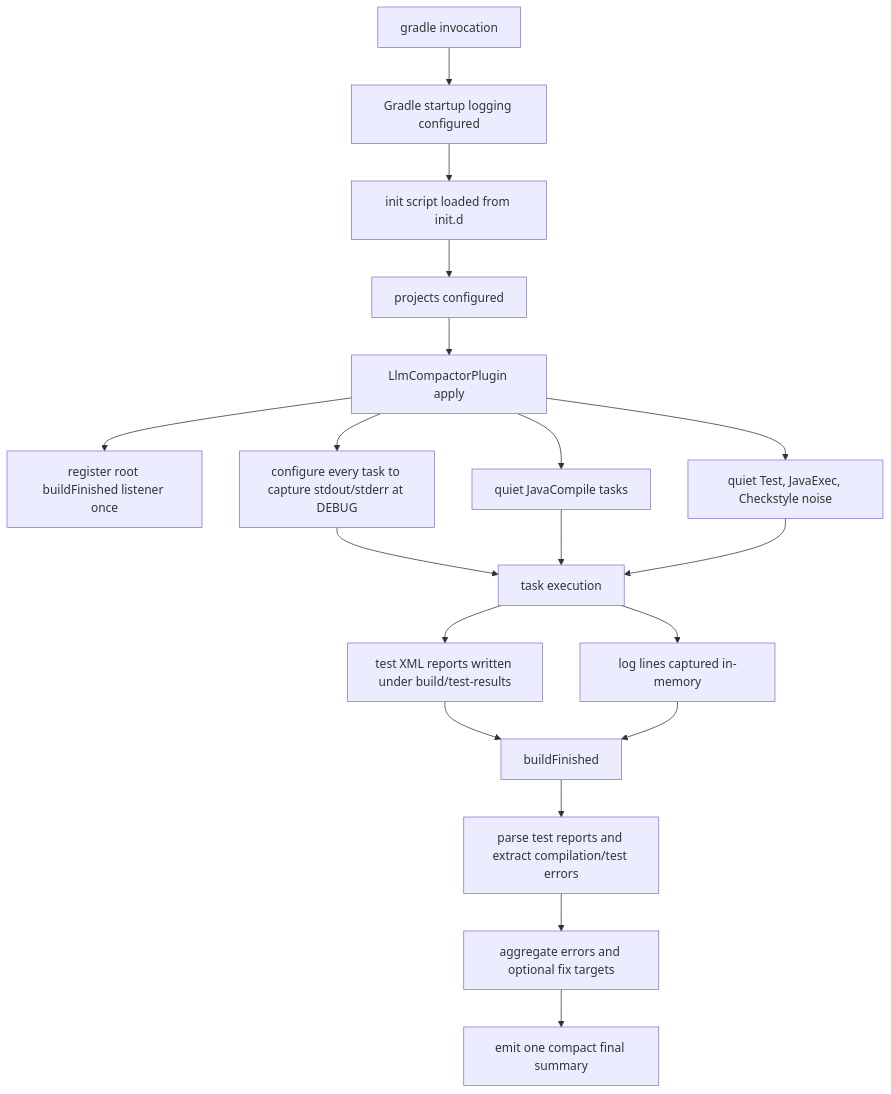
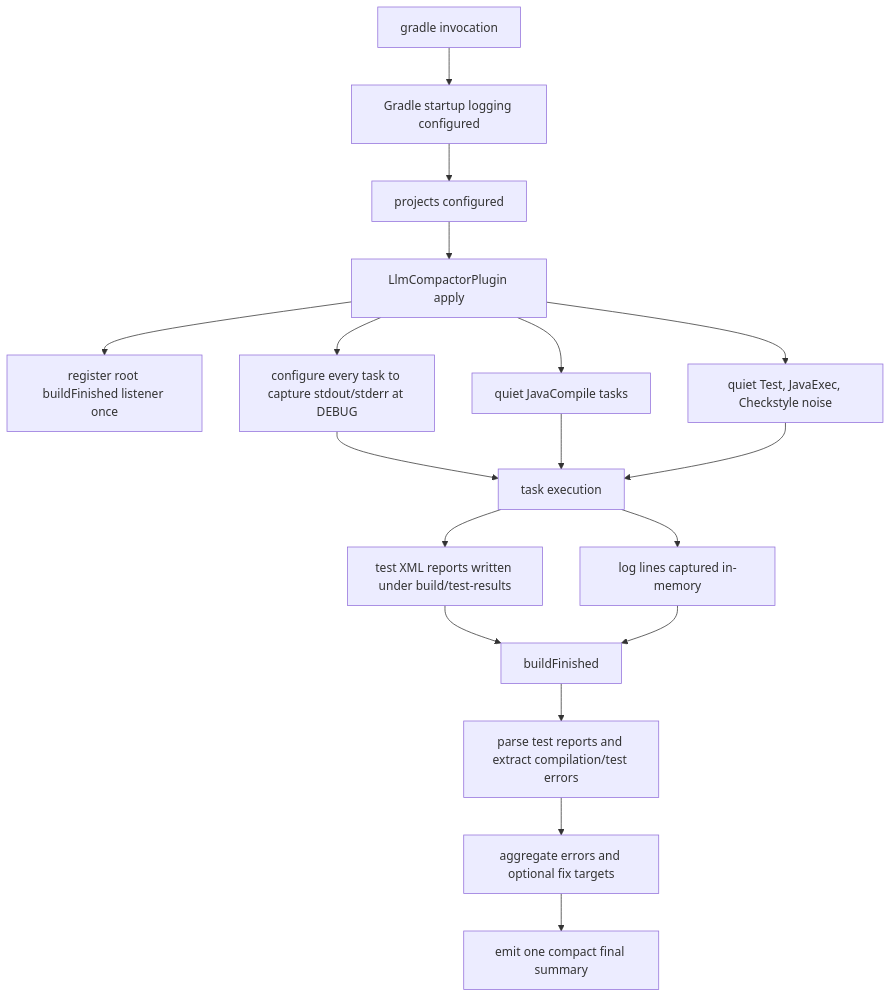
One commit to sfkamath/llm-build-compactor changed the diagram in docs/gradle-design.md. Above: the diagram before and after it, drawn with Mermaid. The commit also changed other lines of this file and 29 other files, not shown here.

First line of the commit message:
refactor: decompose LlmCompactorPlugin god class, move all logic into plugin

````diff
--- a/docs/gradle-design.md
+++ b/docs/gradle-design.md
@@ -46,21 +45,20 @@
 ```mermaid
 flowchart TD
     A[gradle invocation] --> B[Gradle startup logging configured]
-    B --> C[init script loaded from init.d]
-    C --> D[projects configured]
-    D --> E[LlmCompactorPlugin apply]
-    E --> F[register root buildFinished listener once]
-    E --> G[configure every task to capture stdout/stderr at DEBUG]
-    E --> H[quiet JavaCompile tasks]
-    E --> I[quiet Test, JavaExec, Checkstyle noise]
-    G --> J[task execution]
-    H --> J
-    I --> J
-    J --> K[test XML reports written under build/test-results]
-    J --> L[log lines captured in-memory]
-    K --> M[buildFinished]
-    L --> M
-    M --> N[parse test reports and extract compilation/test errors]
-    N --> O[aggregate errors and optional fix targets]
-    O --> P[emit one compact final summary]
+    B --> C[projects configured]
+    C --> D[LlmCompactorPlugin apply]
+    D --> E[register root buildFinished listener once]
+    D --> F[configure every task to capture stdout/stderr at DEBUG]
+    D --> G[quiet JavaCompile tasks]
+    D --> H[quiet Test, JavaExec, Checkstyle noise]
+    F --> I[task execution]
+    G --> I
+    H --> I
+    I --> J[test XML reports written under build/test-results]
+    I --> K[log lines captured in-memory]
+    J --> L[buildFinished]
+    K --> L
+    L --> M[parse test reports and extract compilation/test errors]
+    M --> N[aggregate errors and optional fix targets]
+    N --> O[emit one compact final summary]
 ```
````
